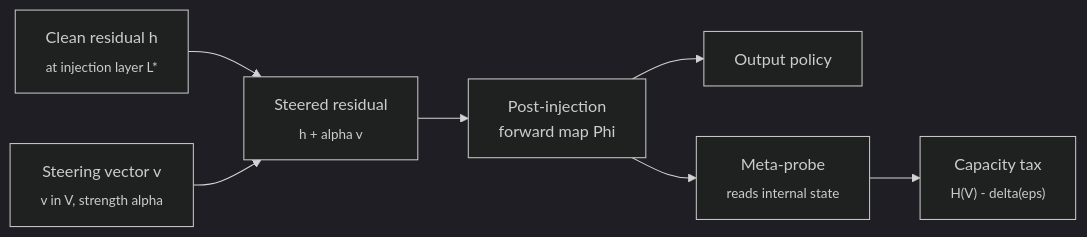
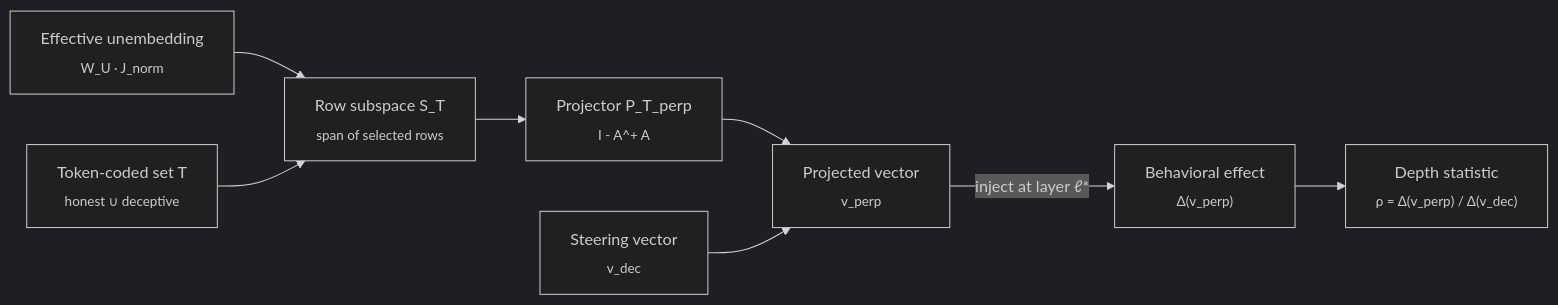
Before and after one commit to aryan-cs/steering-rebels: the diagram in README.md, drawn with Mermaid (dark theme). The commit also changed other lines of this file and 5 other files, not shown here.

````diff
--- a/README.md
+++ b/README.md
@@ -37,17 +55,19 @@
 ```mermaid
 flowchart LR
-    H["Clean residual h<br/><sub>at injection layer L*</sub>"]
-    V["Steering vector v<br/><sub>v in V, strength alpha</sub>"]
-    S["Steered residual<br/><sub>h + alpha v</sub>"]
-    Phi["Post-injection<br/>forward map Phi"]
-    Out["Output policy"]
-    P["Meta-probe<br/><sub>reads internal state</sub>"]
-    Cost["Capacity tax<br/><sub>H(V) - delta(eps)</sub>"]
+    V["Steering vector<br/><sub>v_dec</sub>"]
+    M["Effective unembedding<br/><sub>W_U · J_norm</sub>"]
+    T["Token-coded set T<br/><sub>honest ∪ deceptive</sub>"]
+    S["Row subspace S_T<br/><sub>span of selected rows</sub>"]
+    P["Projector P_T_perp<br/><sub>I - A^+ A</sub>"]
+    Vp["Projected vector<br/><sub>v_perp</sub>"]
+    R["Behavioral effect<br/><sub>Δ(v_perp)</sub>"]
+    Rho["Depth statistic<br/><sub>ρ = Δ(v_perp) / Δ(v_dec)</sub>"]
 
-    H --> S
-    V --> S
-    S --> Phi
-    Phi --> Out
-    Phi --> P
-    P --> Cost
+    M --> S
+    T --> S
+    S --> P
+    P --> Vp
+    V --> Vp
+    Vp -- "inject at layer ℓ*" --> R
+    R --> Rho
 ```
````
